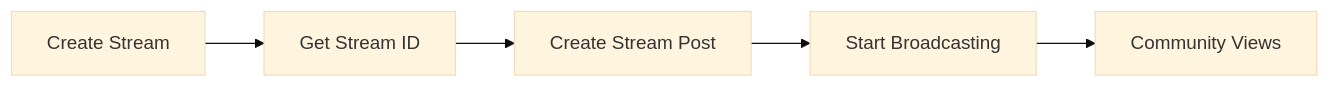
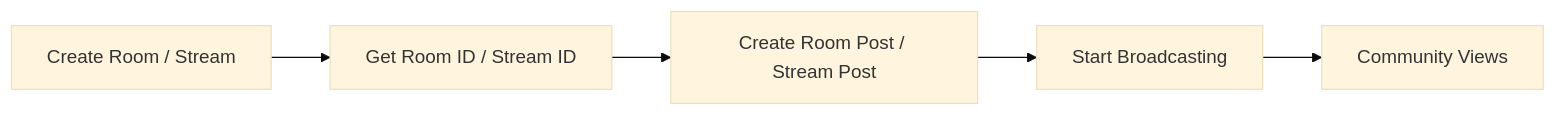
One commit to AmityCo/social-plus-docs changed the diagram in social-plus-sdk/social/posts/create-post/live-stream-post.mdx. Above: the diagram before and after it, drawn with Mermaid (base theme). The commit also changed other lines of this file and 32 other files, not shown here.

````diff
--- a/social-plus-sdk/social/posts/create-post/live-stream-post.mdx
+++ b/social-plus-sdk/social/posts/create-post/live-stream-post.mdx
@@ -16,7 +16,7 @@
 ```mermaid
 graph LR
-    A[Create Stream] --> B[Get Stream ID]
-    B --> C[Create Stream Post]
+    A[Create Room / Stream] --> B[Get Room ID / Stream ID]
+    B --> C[Create Room Post / Stream Post]
     C --> D[Start Broadcasting]
     D --> E[Community Views]
 ```
````
